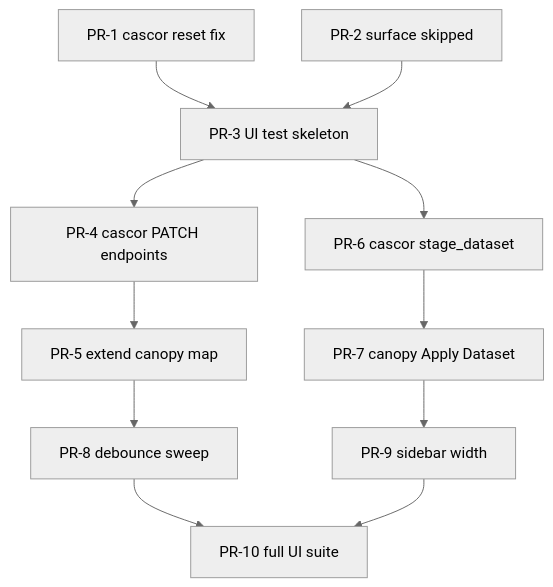
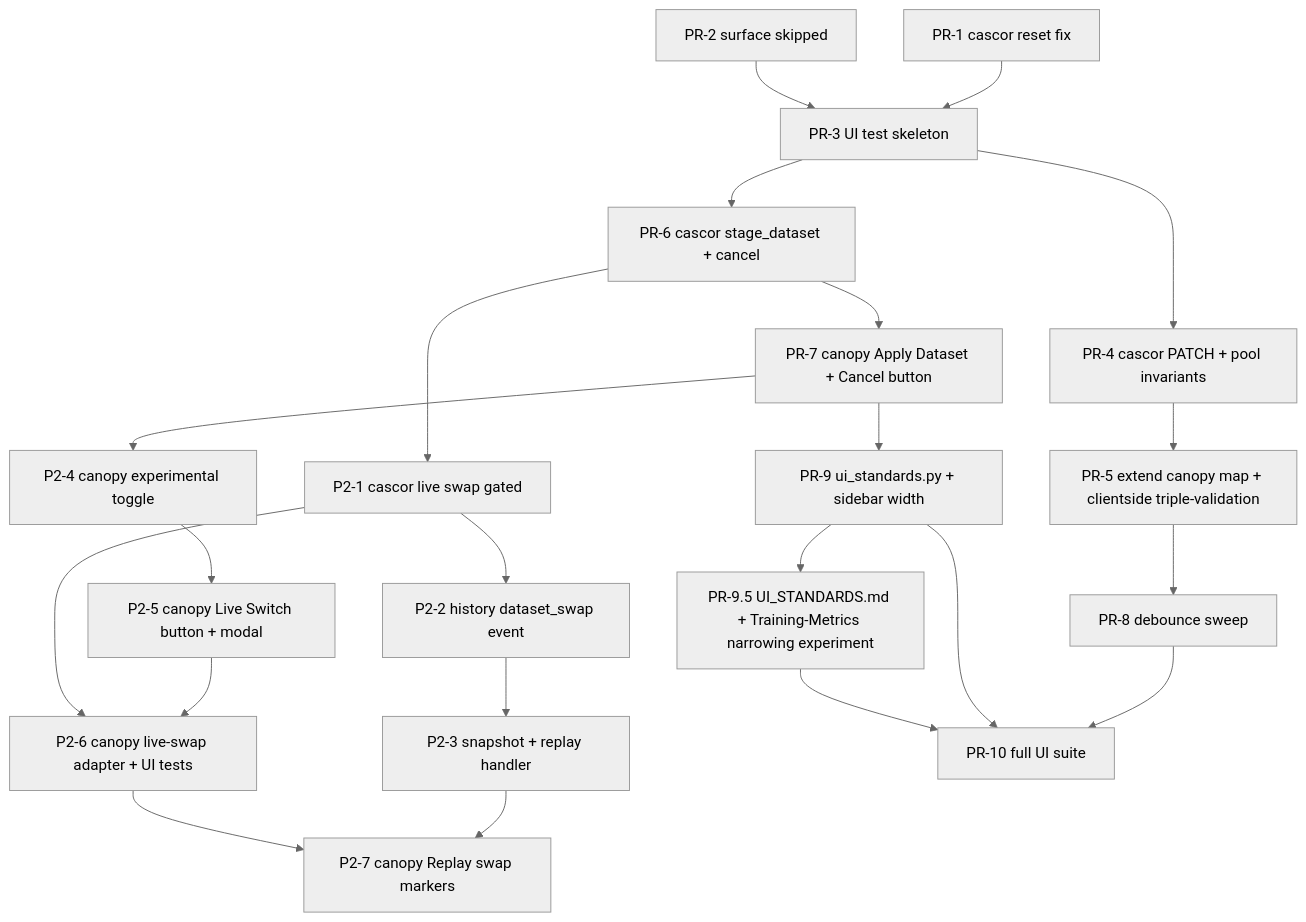
Before and after one commit to pcalnon/juniper-canopy: the diagram in notes/FRONTEND_ISSUES_PLAN_2026-05-09.md, drawn with Mermaid (neutral theme). The commit also changed other lines of this file and 1 other file, not shown here.

````diff
--- a/notes/FRONTEND_ISSUES_PLAN_2026-05-09.md
+++ b/notes/FRONTEND_ISSUES_PLAN_2026-05-09.md
@@ -1055,13 +1641,24 @@
 ```mermaid
 graph TD
   PR1[PR-1 cascor reset fix] --> PR3[PR-3 UI test skeleton]
   PR2[PR-2 surface skipped] --> PR3
-  PR3 --> PR4[PR-4 cascor PATCH endpoints]
-  PR4 --> PR5[PR-5 extend canopy map]
+  PR3 --> PR4[PR-4 cascor PATCH + pool invariants]
+  PR4 --> PR5[PR-5 extend canopy map + clientside triple-validation]
   PR5 --> PR8[PR-8 debounce sweep]
-  PR3 --> PR6[PR-6 cascor stage_dataset]
-  PR6 --> PR7[PR-7 canopy Apply Dataset]
-  PR7 --> PR9[PR-9 sidebar width]
+  PR3 --> PR6[PR-6 cascor stage_dataset + cancel]
+  PR6 --> PR7[PR-7 canopy Apply Dataset + Cancel button]
+  PR6 --> P21[P2-1 cascor live swap gated]
+  P21 --> P22[P2-2 history dataset_swap event]
+  P22 --> P23[P2-3 snapshot + replay handler]
+  PR7 --> P24[P2-4 canopy experimental toggle]
+  P24 --> P25[P2-5 canopy Live Switch button + modal]
+  P25 --> P26[P2-6 canopy live-swap adapter + UI tests]
+  P21 --> P26
+  P23 --> P27[P2-7 canopy Replay swap markers]
+  P26 --> P27
+  PR7 --> PR9[PR-9 ui_standards.py + sidebar width]
+  PR9 --> PR95[PR-9.5 UI_STANDARDS.md + Training-Metrics narrowing experiment]
   PR8 --> PR10[PR-10 full UI suite]
   PR9 --> PR10
+  PR95 --> PR10
 ```
````
